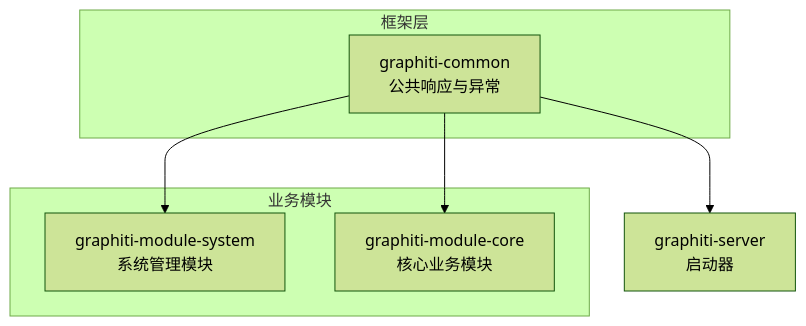
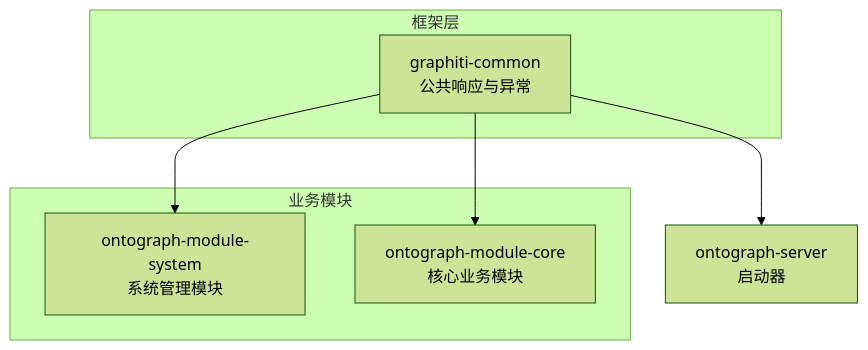
Before and after one commit to joezxh/graphiti-java: the first of 7 diagrams in docs/manual/核心模块/框架模块 (graphiti-framework)/统一响应层.md, drawn with Mermaid (forest theme). The commit also changed other lines of this file and 200 other files, not shown here.

````diff
--- a/docs/manual/核心模块/框架模块 (graphiti-framework)/统一响应层.md
+++ b/docs/manual/核心模块/框架模块 (graphiti-framework)/统一响应层.md
@@ -43,14 +43,14 @@
 ```mermaid
 graph TB
 subgraph "框架层"
 COMMON["graphiti-common<br/>公共响应与异常"]
 end
 subgraph "业务模块"
-SYS["graphiti-module-system<br/>系统管理模块"]
-CORE["graphiti-module-core<br/>核心业务模块"]
+SYS["ontograph-module-system<br/>系统管理模块"]
+CORE["ontograph-module-core<br/>核心业务模块"]
 end
-SERVER["graphiti-server<br/>启动器"]
+SERVER["ontograph-server<br/>启动器"]
 COMMON --> SYS
 COMMON --> CORE
 COMMON --> SERVER
 ```
````
